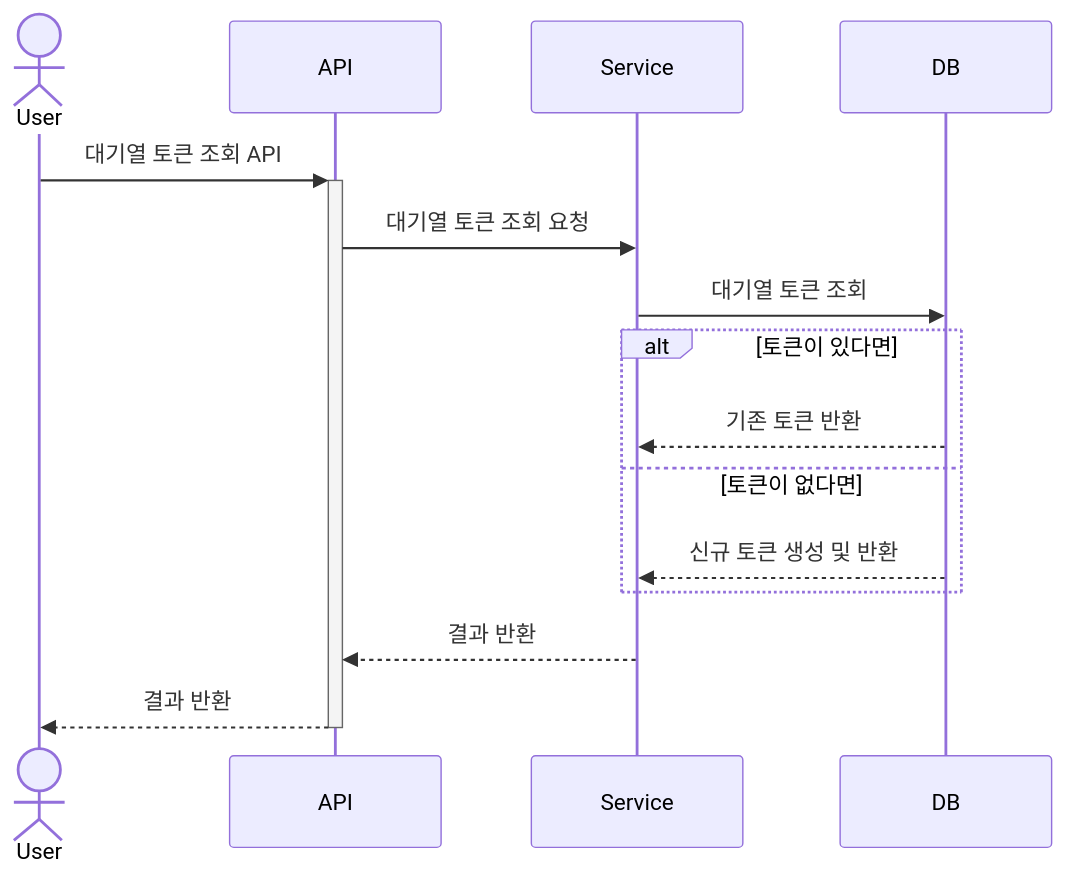
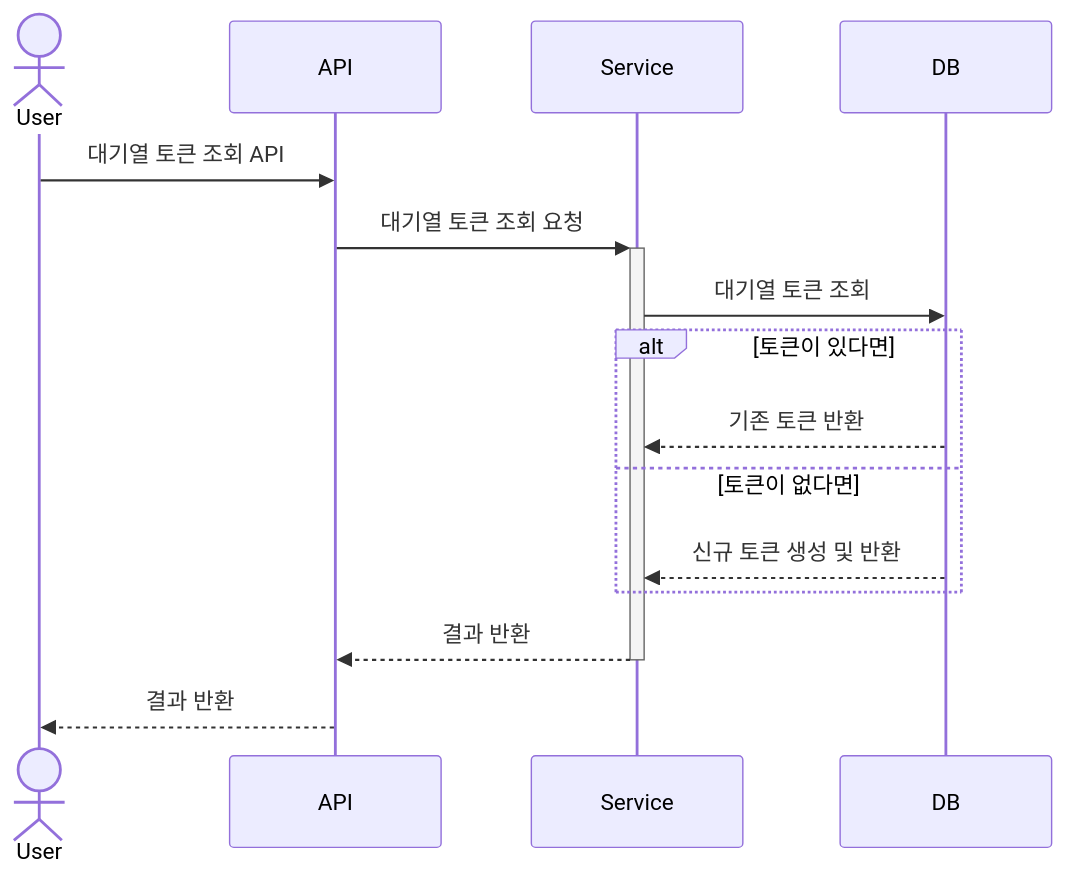
The first of 7 diagrams in docs/SequenceDiagram.md (hyunn12/concert-reservation), drawn with Mermaid before and after one commit. The commit also changed other lines of this file and 1 other file, not shown here.

Commit message:
refactor: 시퀀스 다이어그램 activation bar 위치 수정 [#3]

````diff
--- a/docs/SequenceDiagram.md
+++ b/docs/SequenceDiagram.md
@@ -4,15 +4,15 @@
 ```mermaid
 sequenceDiagram
     actor User
     
-    User->>+API: 대기열 토큰 조회 API
-    API->>Service: 대기열 토큰 조회 요청
+    User->>API: 대기열 토큰 조회 API
+    API->>+Service: 대기열 토큰 조회 요청
     Service->>DB: 대기열 토큰 조회
     alt 토큰이 있다면
         DB-->>Service: 기존 토큰 반환
     else 토큰이 없다면
         DB-->>Service: 신규 토큰 생성 및 반환
     end
-    Service-->>API: 결과 반환
-    API-->>-User: 결과 반환
+    Service-->>-API: 결과 반환
+    API-->>User: 결과 반환
 ```
````
